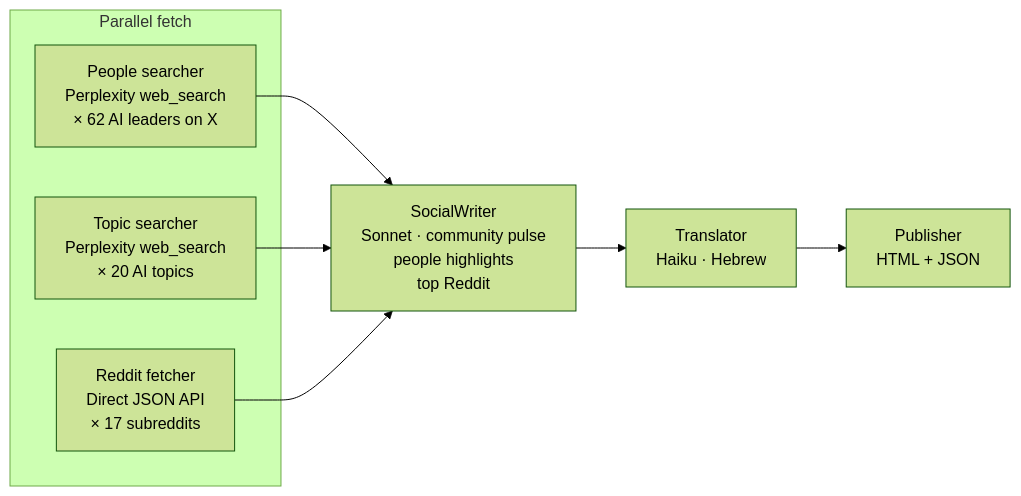
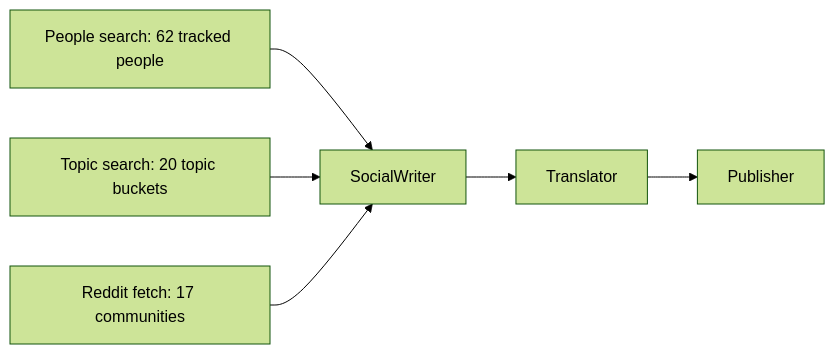
Before and after one commit to kobyal/ai-news-briefing: the seventh of 15 diagrams in README.md, drawn with Mermaid (forest theme). The commit also changed other lines of this file, not shown here.

Commit message:
docs: rewrite README for current 11-agent architecture

````diff
--- a/README.md
+++ b/README.md
@@ -322,12 +298,8 @@
 ```mermaid
 flowchart LR
-    subgraph fetch["Parallel fetch"]
-        P["People searcher\nPerplexity web_search\n× 62 AI leaders on X"]
-        T["Topic searcher\nPerplexity web_search\n× 20 AI topics"]
-        R["Reddit fetcher\nDirect JSON API\n× 17 subreddits"]
-    end
-    P & T & R -->
-    BW["SocialWriter\nSonnet · community pulse\npeople highlights\ntop Reddit"] -->
-    TR["Translator\nHaiku · Hebrew"] -->
-    PB["Publisher\nHTML + JSON"]
+    A["People search: 62 tracked people"] --> D["SocialWriter"]
+    B["Topic search: 20 topic buckets"] --> D
+    C["Reddit fetch: 17 communities"] --> D
+    D --> E["Translator"]
+    E --> F["Publisher"]
 ```
````
